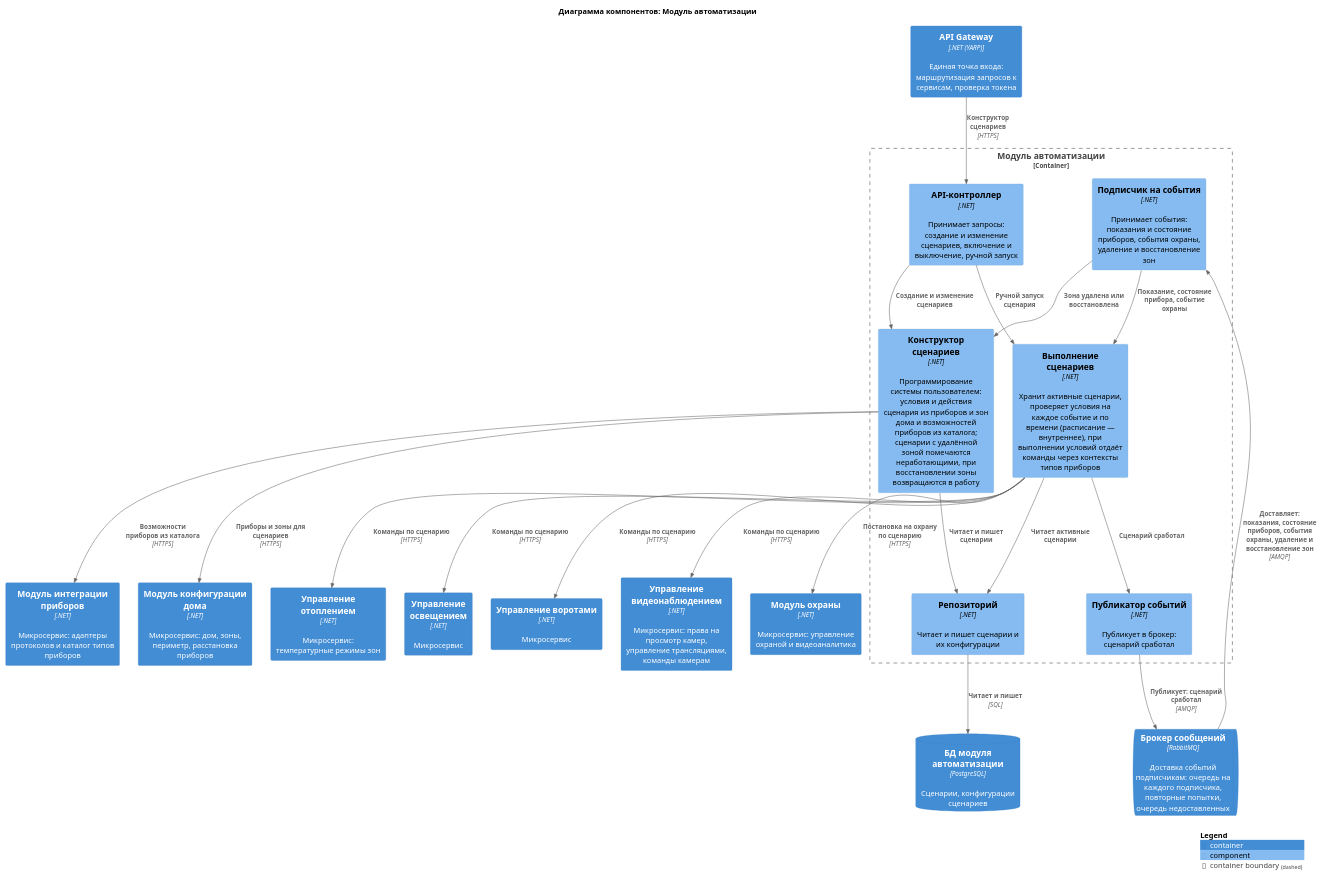
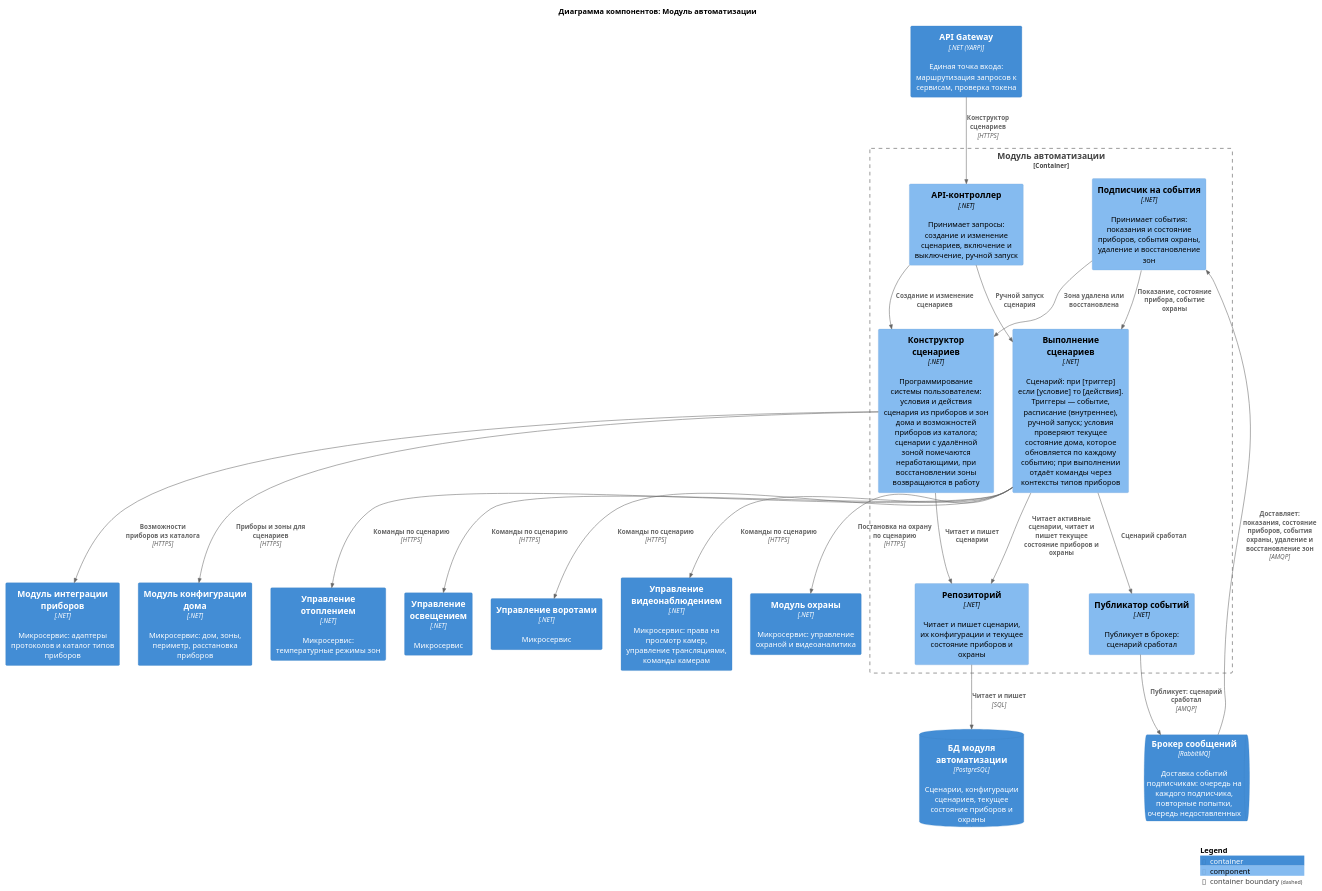
The diagram in diagrams/components/automation.puml (Lyamin-av/architecture-warmhouse), drawn with PlantUML before and after one commit. The commit also changed 10 other files, not shown here.

Commit message:
C4: диаграмма кода «Выполнение сценариев» (триггеры, условия по текущему состоянию, действия)

```diff
--- a/diagrams/components/automation.puml
+++ b/diagrams/components/automation.puml
@@ -1,49 +1,49 @@
 @startuml automation
 !include <C4/C4_Component>
 
 title Диаграмма компонентов: Модуль автоматизации
 
 Container(Gateway, "API Gateway", ".NET (YARP)", "Единая точка входа: маршрутизация запросов к сервисам, проверка токена")
 Container(HouseConfigurator, "Модуль конфигурации дома", ".NET", "Микросервис: дом, зоны, периметр, расстановка приборов")
 Container(DeviceIntegration, "Модуль интеграции приборов", ".NET", "Микросервис: адаптеры протоколов и каталог типов приборов")
 Container(Heating, "Управление отоплением", ".NET", "Микросервис: температурные режимы зон")
 Container(Lighting, "Управление освещением", ".NET", "Микросервис")
 Container(GateControl, "Управление воротами", ".NET", "Микросервис")
 Container(VideoControl, "Управление видеонаблюдением", ".NET", "Микросервис: права на просмотр камер, управление трансляциями, команды камерам")
 Container(Security, "Модуль охраны", ".NET", "Микросервис: управление охраной и видеоаналитика")
 ContainerQueue(Broker, "Брокер сообщений", "RabbitMQ", "Доставка событий подписчикам: очередь на каждого подписчика, повторные попытки, очередь недоставленных")
-ContainerDb(dbAuto, "БД модуля автоматизации", "PostgreSQL", "Сценарии, конфигурации сценариев")
+ContainerDb(dbAuto, "БД модуля автоматизации", "PostgreSQL", "Сценарии, конфигурации сценариев, текущее состояние приборов и охраны")
 
 Container_Boundary(Automation, "Модуль автоматизации") {
     Component(api, "API-контроллер", ".NET", "Принимает запросы: создание и изменение сценариев, включение и выключение, ручной запуск")
     Component(designer, "Конструктор сценариев", ".NET", "Программирование системы пользователем: условия и действия сценария из приборов и зон дома и возможностей приборов из каталога; сценарии с удалённой зоной помечаются неработающими, при восстановлении зоны возвращаются в работу")
-    Component(executor, "Выполнение сценариев", ".NET", "Хранит активные сценарии, проверяет условия на каждое событие и по времени (расписание — внутреннее), при выполнении условий отдаёт команды через контексты типов приборов")
+    Component(executor, "Выполнение сценариев", ".NET", "Сценарий: при [триггер] если [условие] то [действия]. Триггеры — событие, расписание (внутреннее), ручной запуск; условия проверяют текущее состояние дома, которое обновляется по каждому событию; при выполнении отдаёт команды через контексты типов приборов")
     Component(subscriber, "Подписчик на события", ".NET", "Принимает события: показания и состояние приборов, события охраны, удаление и восстановление зон")
     Component(publisher, "Публикатор событий", ".NET", "Публикует в брокер: сценарий сработал")
-    Component(repo, "Репозиторий", ".NET", "Читает и пишет сценарии и их конфигурации")
+    Component(repo, "Репозиторий", ".NET", "Читает и пишет сценарии, их конфигурации и текущее состояние приборов и охраны")
 }
 
 Rel(Gateway, api, "Конструктор сценариев", "HTTPS")
 Rel(Broker, subscriber, "Доставляет: показания, состояние приборов, события охраны, удаление и восстановление зон", "AMQP")
 
 Rel(api, designer, "Создание и изменение сценариев")
 Rel(api, executor, "Ручной запуск сценария")
 Rel(designer, HouseConfigurator, "Приборы и зоны для сценариев", "HTTPS")
 Rel(designer, DeviceIntegration, "Возможности приборов из каталога", "HTTPS")
 Rel(subscriber, designer, "Зона удалена или восстановлена")
 Rel(subscriber, executor, "Показание, состояние прибора, событие охраны")
 
 Rel(executor, Heating, "Команды по сценарию", "HTTPS")
 Rel(executor, Lighting, "Команды по сценарию", "HTTPS")
 Rel(executor, GateControl, "Команды по сценарию", "HTTPS")
 Rel(executor, VideoControl, "Команды по сценарию", "HTTPS")
 Rel(executor, Security, "Постановка на охрану по сценарию", "HTTPS")
 Rel(executor, publisher, "Сценарий сработал")
 Rel(publisher, Broker, "Публикует: сценарий сработал", "AMQP")
 
 Rel(designer, repo, "Читает и пишет сценарии")
-Rel(executor, repo, "Читает активные сценарии")
+Rel(executor, repo, "Читает активные сценарии, читает и пишет текущее состояние приборов и охраны")
 Rel(repo, dbAuto, "Читает и пишет", "SQL")
 
 SHOW_LEGEND()
 @enduml
```
